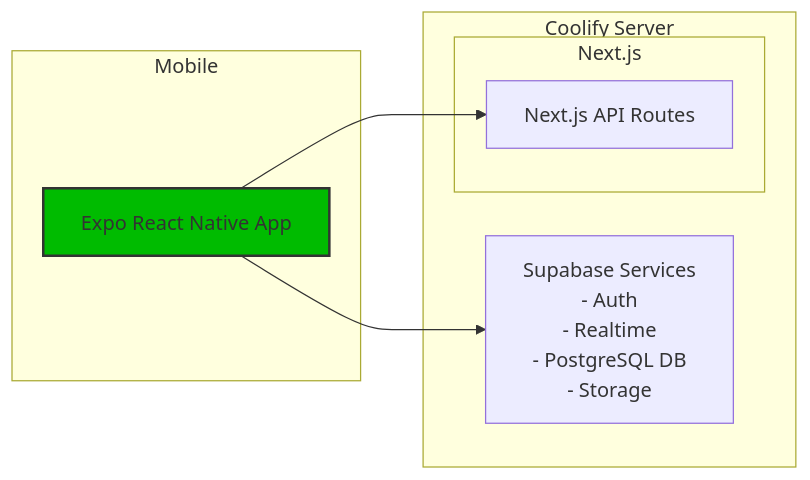
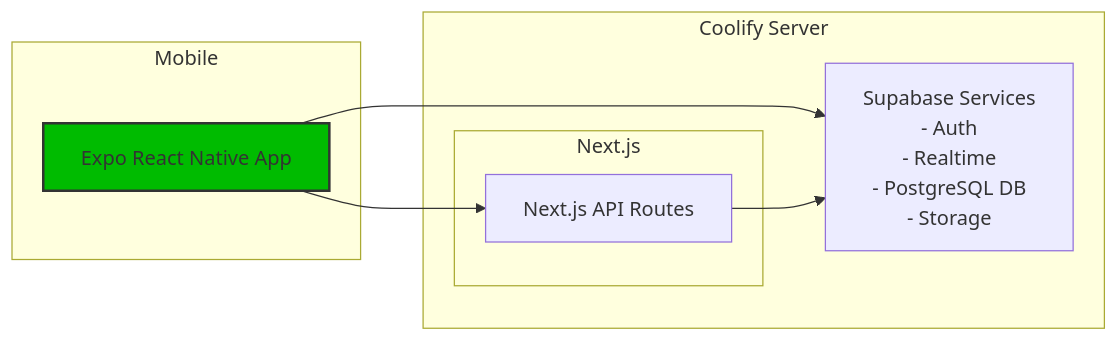
The second of 2 diagrams in architecture.md (tao101/Self-Hosted-Next.js-Supabase-Fullstack-Starter-Template), drawn with Mermaid before and after one commit.

Commit message:
Add connection from E to D in architecture diagram

````diff
--- a/architecture.md
+++ b/architecture.md
@@ -63,17 +63,18 @@
 ```mermaid
 graph LR
 subgraph Coolify Server
 subgraph Next.js
 C[Next.js API Routes]
 end
 D[Supabase Services<br/>- Auth<br/>- Realtime<br/>- PostgreSQL DB<br/>- Storage]
 end
 
 subgraph Mobile
 E[Expo React Native App]
 end
 
 E --> C
 E --> D
+C --> D
 style E fill:#0b0,stroke:#333,stroke-width:2px
 ```
````
